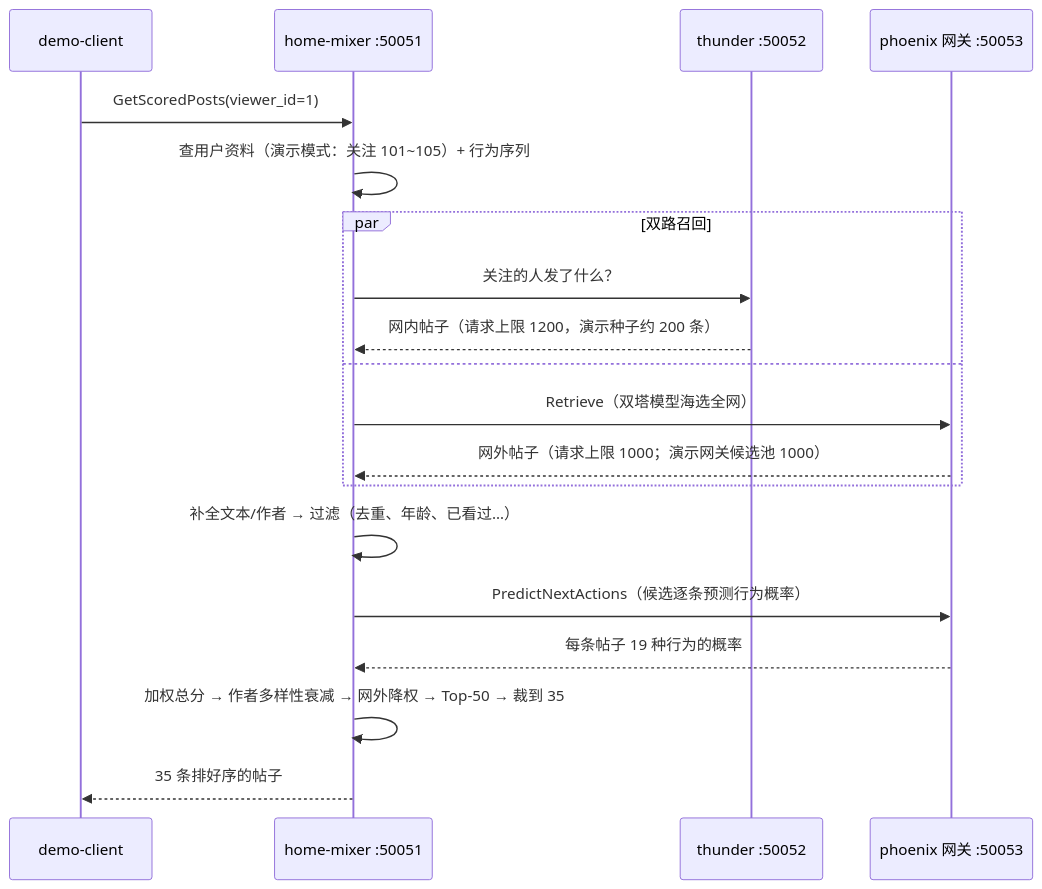
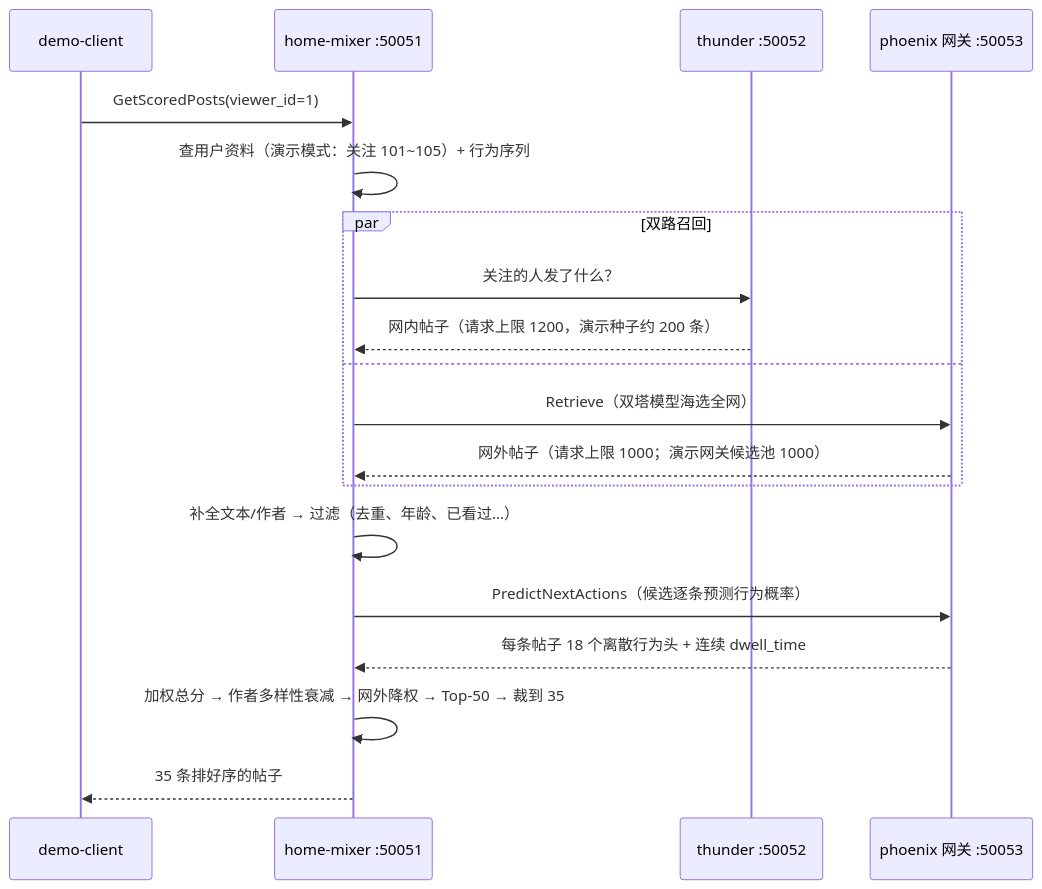
The diagram in docs/getting-started/05-第四步-跑通完整推荐链路.md (freefcw/x-algorithm), drawn with Mermaid before and after one commit. The commit also changed other lines of this file and 6 other files, not shown here.

````diff
--- a/docs/getting-started/05-第四步-跑通完整推荐链路.md
+++ b/docs/getting-started/05-第四步-跑通完整推荐链路.md
@@ -51,21 +57,21 @@
 ```mermaid
 sequenceDiagram
     participant C as demo-client
     participant HM as home-mixer :50051
     participant T as thunder :50052
     participant P as phoenix 网关 :50053
     C->>HM: GetScoredPosts(viewer_id=1)
     HM->>HM: 查用户资料（演示模式：关注 101~105）+ 行为序列
     par 双路召回
         HM->>T: 关注的人发了什么？
         T-->>HM: 网内帖子（请求上限 1200，演示种子约 200 条）
     and
         HM->>P: Retrieve（双塔模型海选全网）
         P-->>HM: 网外帖子（请求上限 1000；演示网关候选池 1000）
     end
     HM->>HM: 补全文本/作者 → 过滤（去重、年龄、已看过…）
     HM->>P: PredictNextActions（候选逐条预测行为概率）
-    P-->>HM: 每条帖子 19 种行为的概率
+    P-->>HM: 每条帖子 18 个离散行为头 + 连续 dwell_time
     HM->>HM: 加权总分 → 作者多样性衰减 → 网外降权 → Top-50 → 裁到 35
     HM-->>C: 35 条排好序的帖子
 ```
````
